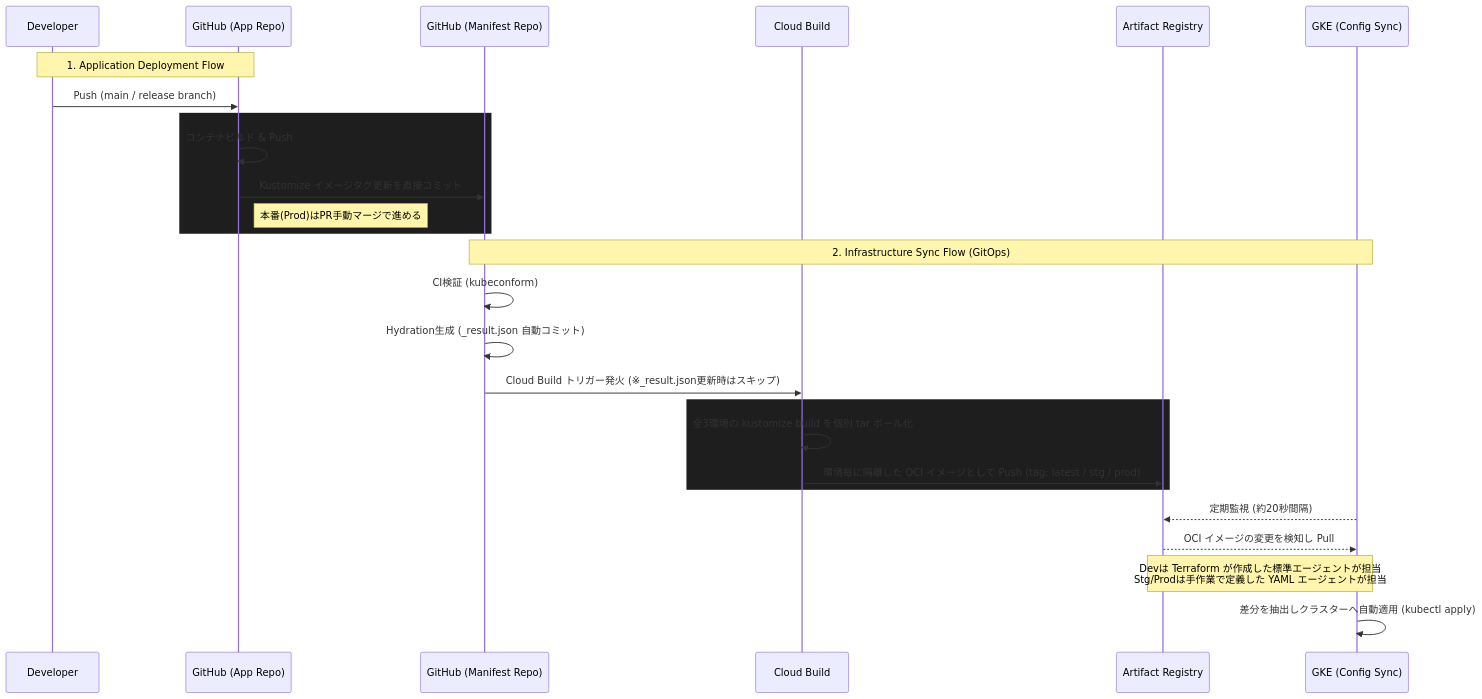
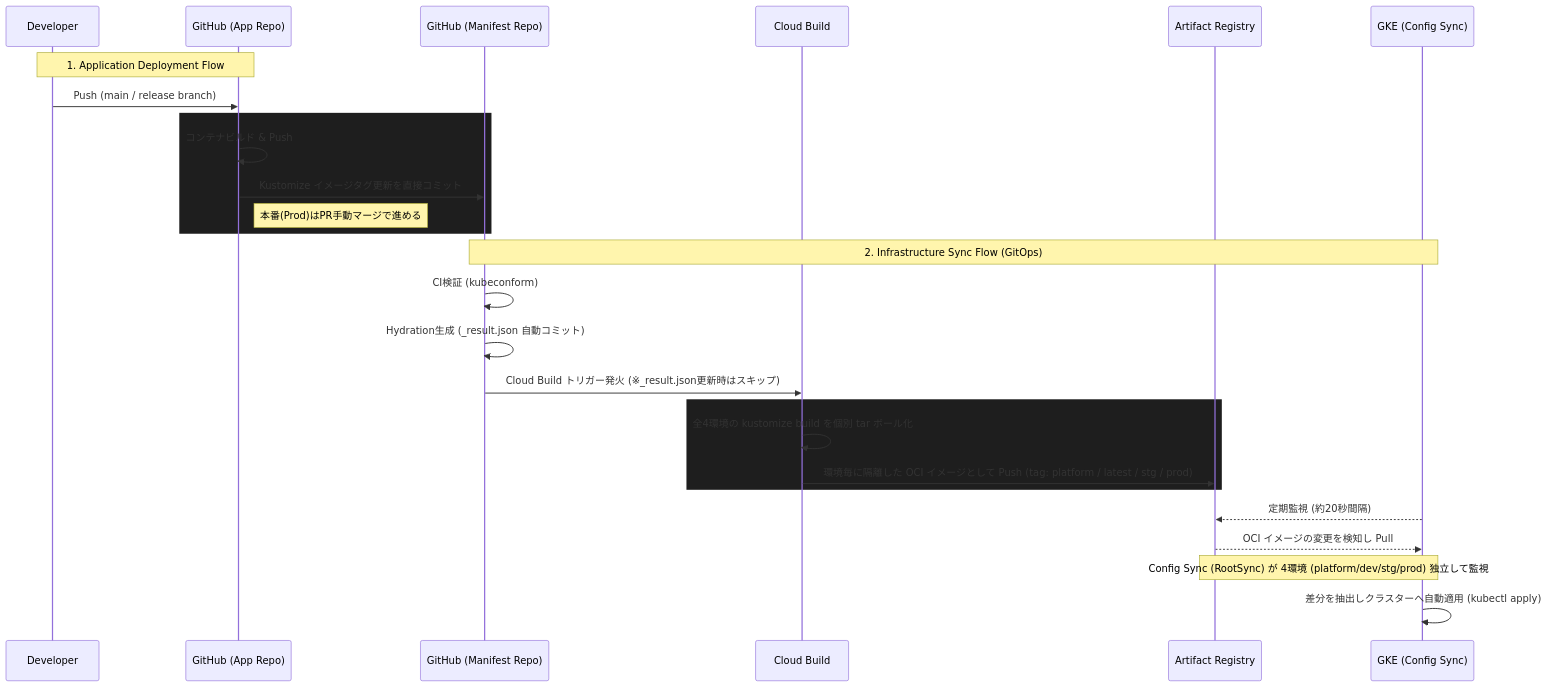
Before and after one commit to waxsd100/k8s-platform: the diagram in docs/DEPLOYMENT_FLOW.md, drawn with Mermaid. The commit also changed other lines of this file, not shown here.

````diff
--- a/docs/DEPLOYMENT_FLOW.md
+++ b/docs/DEPLOYMENT_FLOW.md
@@ -11,34 +11,34 @@
 ```mermaid
 sequenceDiagram
     participant Dev as Developer
     participant AppRepo as GitHub (App Repo)
     participant Manifest as GitHub (Manifest Repo)
     participant CB as Cloud Build
     participant GAR as Artifact Registry
     participant GKE as GKE (Config Sync)
 
     %% アプリケーションデプロイフロー
     Note over Dev,AppRepo: 1. Application Deployment Flow
     Dev->>AppRepo: Push (main / release branch)
     rect rgb(30, 30, 30)
         AppRepo->>AppRepo: コンテナビルド & Push
         AppRepo->>Manifest: Kustomize イメージタグ更新を直接コミット
         Note right of AppRepo: 本番(Prod)はPR手動マージで進める
     end
 
     %% マニフェスト適用フロー
     Note over Manifest,GKE: 2. Infrastructure Sync Flow (GitOps)
     Manifest->>Manifest: CI検証 (kubeconform)
     Manifest->>Manifest: Hydration生成 (_result.json 自動コミット)
     
     Manifest->>CB: Cloud Build トリガー発火 (※_result.json更新時はスキップ)
     rect rgb(30, 30, 30)
-        CB->>CB: 全3環境の kustomize build を個別 tar ボール化
-        CB->>GAR: 環境毎に隔離した OCI イメージとして Push (tag: latest / stg / prod)
+        CB->>CB: 全4環境の kustomize build を個別 tar ボール化
+        CB->>GAR: 環境毎に隔離した OCI イメージとして Push (tag: platform / latest / stg / prod)
     end
     
     GKE-->>GAR: 定期監視 (約20秒間隔)
     GAR-->>GKE: OCI イメージの変更を検知し Pull
-    Note over GAR,GKE: Devは Terraform が作成した標準エージェントが担当<br/>Stg/Prodは手作業で定義した YAML エージェントが担当
+    Note over GAR,GKE: Config Sync (RootSync) が 4環境 (platform/dev/stg/prod) 独立して監視
     GKE->>GKE: 差分を抽出しクラスターへ自動適用 (kubectl apply)
 ```
````
